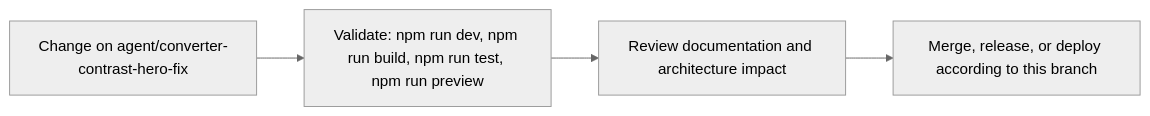
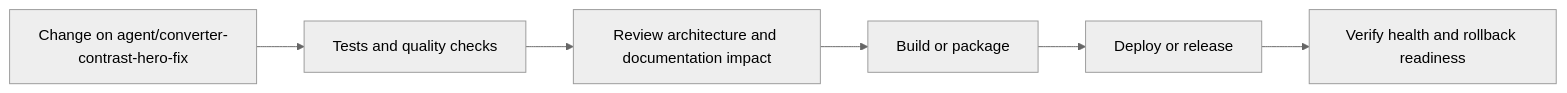
The fourth of 5 diagrams in README.md (Nischhalsubba/Napiyo), drawn with Mermaid (neutral theme) before and after one commit. The commit also changed other lines of this file, not shown here.

````diff
--- a/README.md
+++ b/README.md
@@ -72,8 +154,8 @@
 ```mermaid
 flowchart LR
-    CHANGE["Change on agent/converter-contrast-hero-fix"]
-    CHECK["Validate: npm run dev, npm run build, npm run test, npm run preview"]
-    REVIEW["Review documentation and architecture impact"]
-    RELEASE["Merge, release, or deploy according to this branch"]
-    CHANGE --> CHECK --> REVIEW --> RELEASE
+    CHANGE["Change on agent/converter-contrast-hero-fix"] --> CHECK["Tests and quality checks"]
+    CHECK --> REVIEW["Review architecture and documentation impact"]
+    REVIEW --> BUILD["Build or package"]
+    BUILD --> DEPLOY["Deploy or release"]
+    DEPLOY --> VERIFY["Verify health and rollback readiness"]
 ```
````
